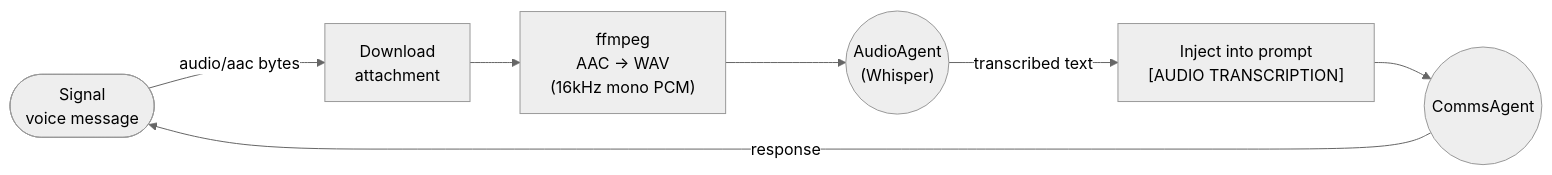
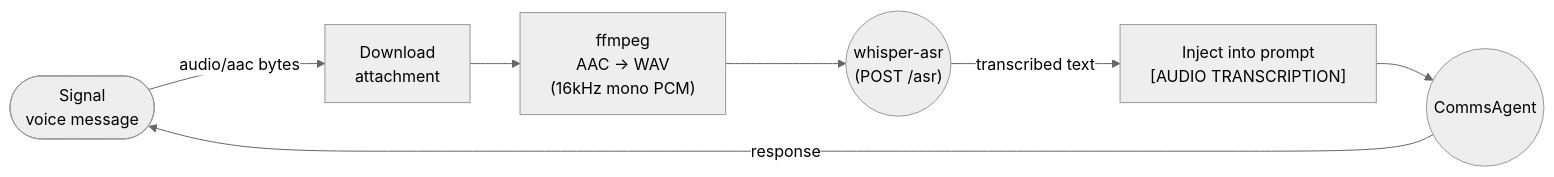
Before and after one commit to f2calv/SmartHaus: the first of 4 diagrams in src/CasCap.SmartHaus/README.md, drawn with Mermaid (neutral theme). The commit also changed other lines of this file and 13 other files, not shown here.

````diff
--- a/src/CasCap.SmartHaus/README.md
+++ b/src/CasCap.SmartHaus/README.md
@@ -147,9 +150,9 @@
 ```mermaid
 flowchart LR
     SIGNAL(["Signal<br/>voice message"]) -->|audio/aac bytes| DOWNLOAD["Download<br/>attachment"]
     DOWNLOAD --> TRANSCODE["ffmpeg<br/>AAC → WAV<br/>(16kHz mono PCM)"]
-    TRANSCODE --> WHISPER(("AudioAgent<br/>(Whisper)"))
+    TRANSCODE --> WHISPER(("whisper-asr<br/>(POST /asr)"))
     WHISPER -->|transcribed text| INJECT["Inject into prompt<br/>[AUDIO TRANSCRIPTION]"]
     INJECT --> COMMS(("CommsAgent"))
     COMMS -->|response| SIGNAL
 ```
````
